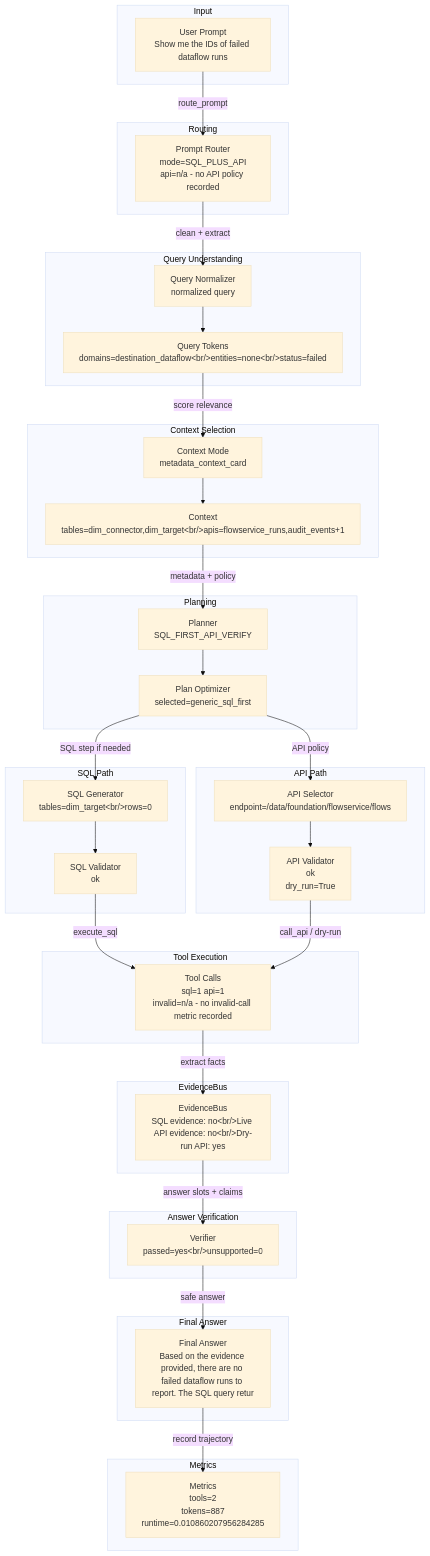
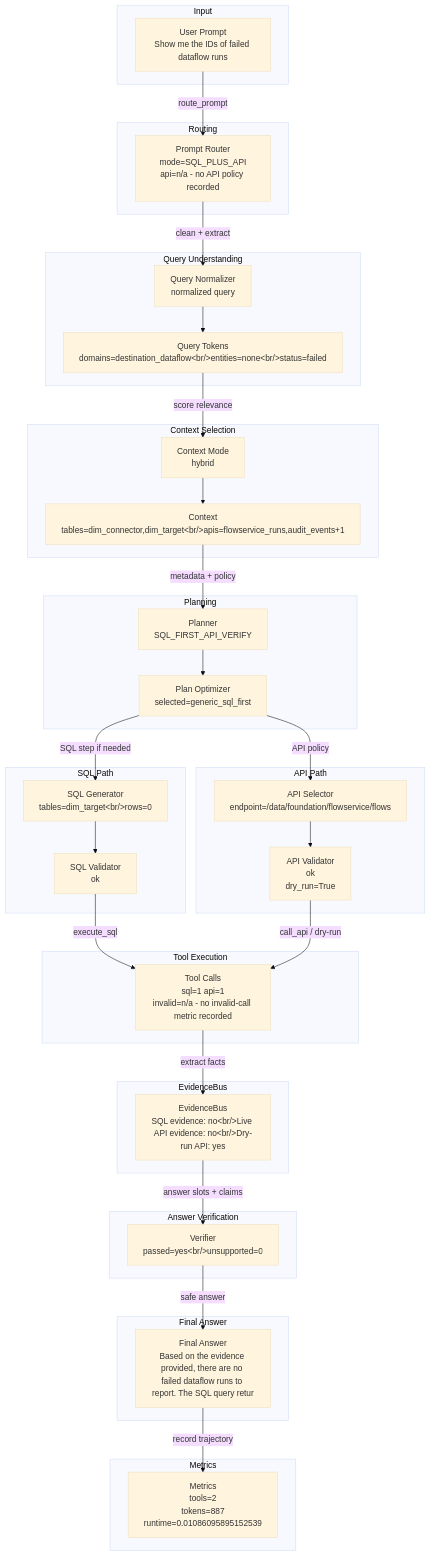
The diagram in outputs/visualizations/example_004/sql_first_api_verify/dataflow.md (dashsys-workshop-vldb/dashsys-workshop-vldb.github.io), drawn with Mermaid (base theme) before and after one commit. The commit also changed other lines of this file and 597 other files, not shown here.

````diff
--- a/outputs/visualizations/example_004/sql_first_api_verify/dataflow.md
+++ b/outputs/visualizations/example_004/sql_first_api_verify/dataflow.md
@@ -19,56 +19,56 @@
 ```mermaid
 flowchart TD
   subgraph Input
     input_prompt["User Prompt<br/>Show me the IDs of failed dataflow runs"]
   end
   subgraph Routing
     router["Prompt Router<br/>mode=SQL_PLUS_API<br/>api=n/a - no API policy recorded"]
     input_prompt -->|route_prompt| router
   end
   subgraph QueryUnderstanding["Query Understanding"]
     normalizer["Query Normalizer<br/>normalized query"]
     tokens["Query Tokens<br/>domains=destination_dataflow&lt;br/&gt;entities=none&lt;br/&gt;status=failed"]
     router -->|clean + extract| normalizer --> tokens
   end
   subgraph ContextSelection["Context Selection"]
-    context["Context Mode<br/>metadata_context_card"]
+    context["Context Mode<br/>hybrid"]
     candidates["Context<br/>tables=dim_connector,dim_target&lt;br/&gt;apis=flowservice_runs,audit_events+1"]
     tokens -->|score relevance| context --> candidates
   end
   subgraph Planning
     planner["Planner<br/>SQL_FIRST_API_VERIFY"]
     optimizer["Plan Optimizer<br/>selected=generic_sql_first"]
     candidates -->|metadata + policy| planner --> optimizer
   end
   subgraph SQLPath["SQL Path"]
     sqlgen["SQL Generator<br/>tables=dim_target&lt;br/&gt;rows=0"]
     sqlval["SQL Validator<br/>ok"]
     optimizer -->|SQL step if needed| sqlgen --> sqlval
   end
   subgraph APIPath["API Path"]
     apisel["API Selector<br/>endpoint=/data/foundation/flowservice/flows"]
     apival["API Validator<br/>ok<br/>dry_run=True"]
     optimizer -->|API policy| apisel --> apival
   end
   subgraph ToolExecution["Tool Execution"]
     tools["Tool Calls<br/>sql=1 api=1<br/>invalid=n/a - no invalid-call metric recorded"]
     sqlval -->|execute_sql| tools
     apival -->|call_api / dry-run| tools
   end
   subgraph EvidenceBus
     evidence["EvidenceBus<br/>SQL evidence: no&lt;br/&gt;Live API evidence: no&lt;br/&gt;Dry-run API: yes"]
     tools -->|extract facts| evidence
   end
   subgraph AnswerVerification["Answer Verification"]
     verifier["Verifier<br/>passed=yes&lt;br/&gt;unsupported=0"]
     evidence -->|answer slots + claims| verifier
   end
   subgraph FinalAnswer["Final Answer"]
     answer["Final Answer<br/>Based on the evidence provided, there are no failed dataflow runs to report. The SQL query retur"]
     verifier -->|safe answer| answer
   end
   subgraph Metrics
-    metrics["Metrics<br/>tools=2<br/>tokens=887<br/>runtime=0.010860207956284285"]
+    metrics["Metrics<br/>tools=2<br/>tokens=887<br/>runtime=0.01086095895152539"]
     answer -->|record trajectory| metrics
   end
 ```
````
